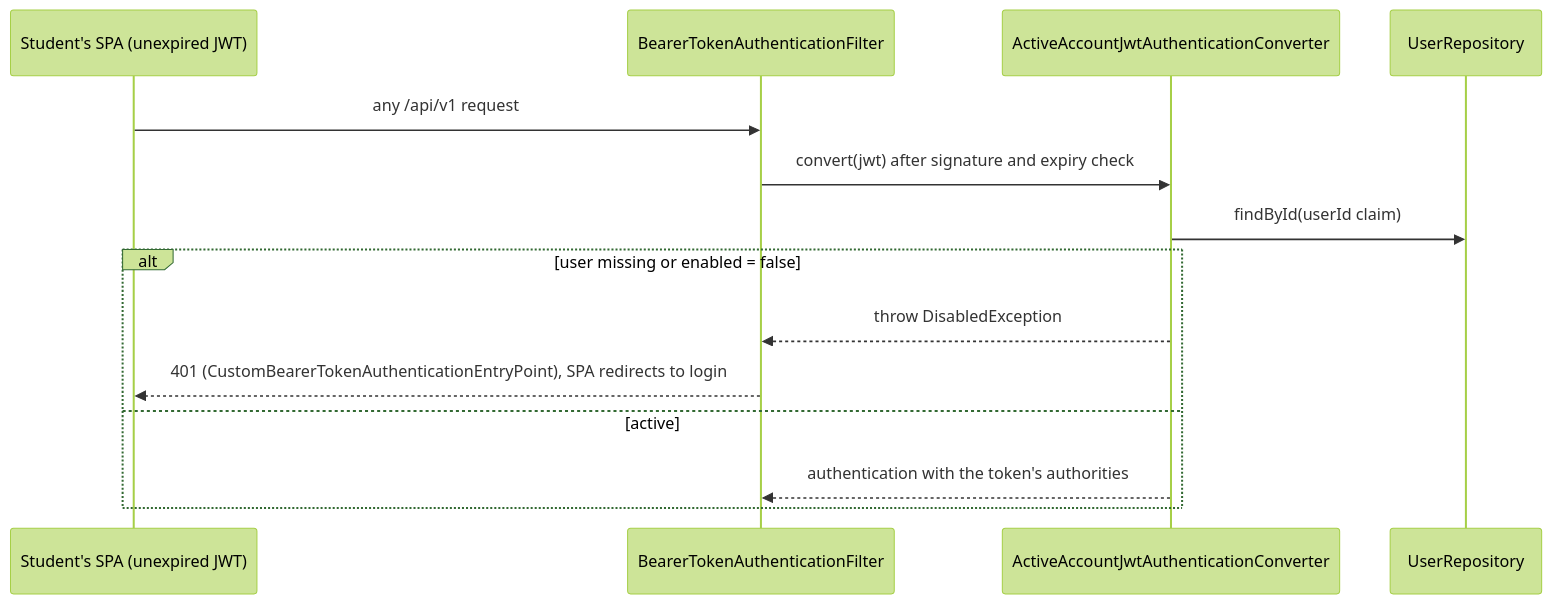
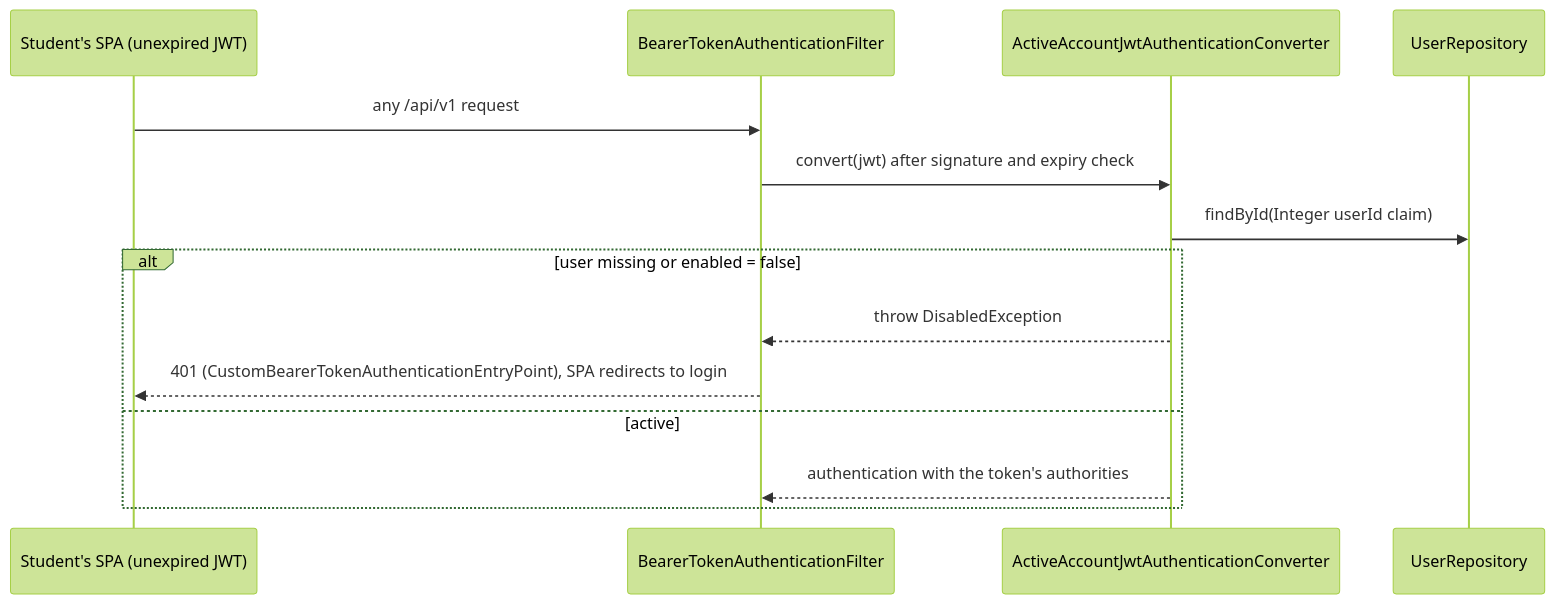
One commit to Mameo007/add-a-use-case changed the third of 4 diagrams in docs/design/stu.md. Above: the diagram before and after it, drawn with Mermaid (forest theme). The commit also changed other lines of this file, not shown here.

````diff
--- a/docs/design/stu.md
+++ b/docs/design/stu.md
@@ -115,16 +128,16 @@
 ```mermaid
 sequenceDiagram
     participant SPA as Student's SPA (unexpired JWT)
     participant F as BearerTokenAuthenticationFilter
     participant K as ActiveAccountJwtAuthenticationConverter
     participant U as UserRepository
     SPA->>F: any /api/v1 request
     F->>K: convert(jwt) after signature and expiry check
-    K->>U: findById(userId claim)
+    K->>U: findById(Integer userId claim)
     alt user missing or enabled = false
         K-->>F: throw DisabledException
         F-->>SPA: 401 (CustomBearerTokenAuthenticationEntryPoint), SPA redirects to login
     else active
         K-->>F: authentication with the token's authorities
     end
 ```
````
